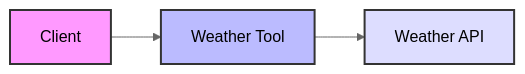
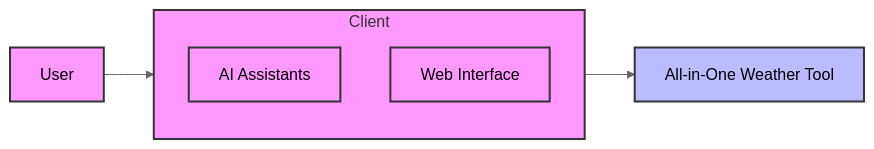
One commit to joewang8848/demomcp changed the first of 2 diagrams in README.md. Above: the diagram before and after it, drawn with Mermaid (neutral theme). The commit also changed other lines of this file, not shown here.

Commit message:
first readme

````diff
--- a/README.md
+++ b/README.md
@@ -6,9 +6,17 @@
 ```mermaid
 graph LR
-    Client[Client] --> WeatherTool[Weather Tool]
-    WeatherTool --> API[Weather API]
+    User[User] --> Client
+    
+    subgraph Client
+        AI[AI Assistants]
+        Web[Web Interface]
+    end
+    
+    Client --> WeatherTool[All-in-One Weather Tool]
     
     style Client fill:#f9f,stroke:#333,stroke-width:2px
     style WeatherTool fill:#bbf,stroke:#333,stroke-width:2px
-    style API fill:#ddf,stroke:#333,stroke-width:2px
+    style User fill:#f9f,stroke:#333,stroke-width:2px
+    style AI fill:#f9f,stroke:#333,stroke-width:2px
+    style Web fill:#f9f,stroke:#333,stroke-width:2px
 ```
````
